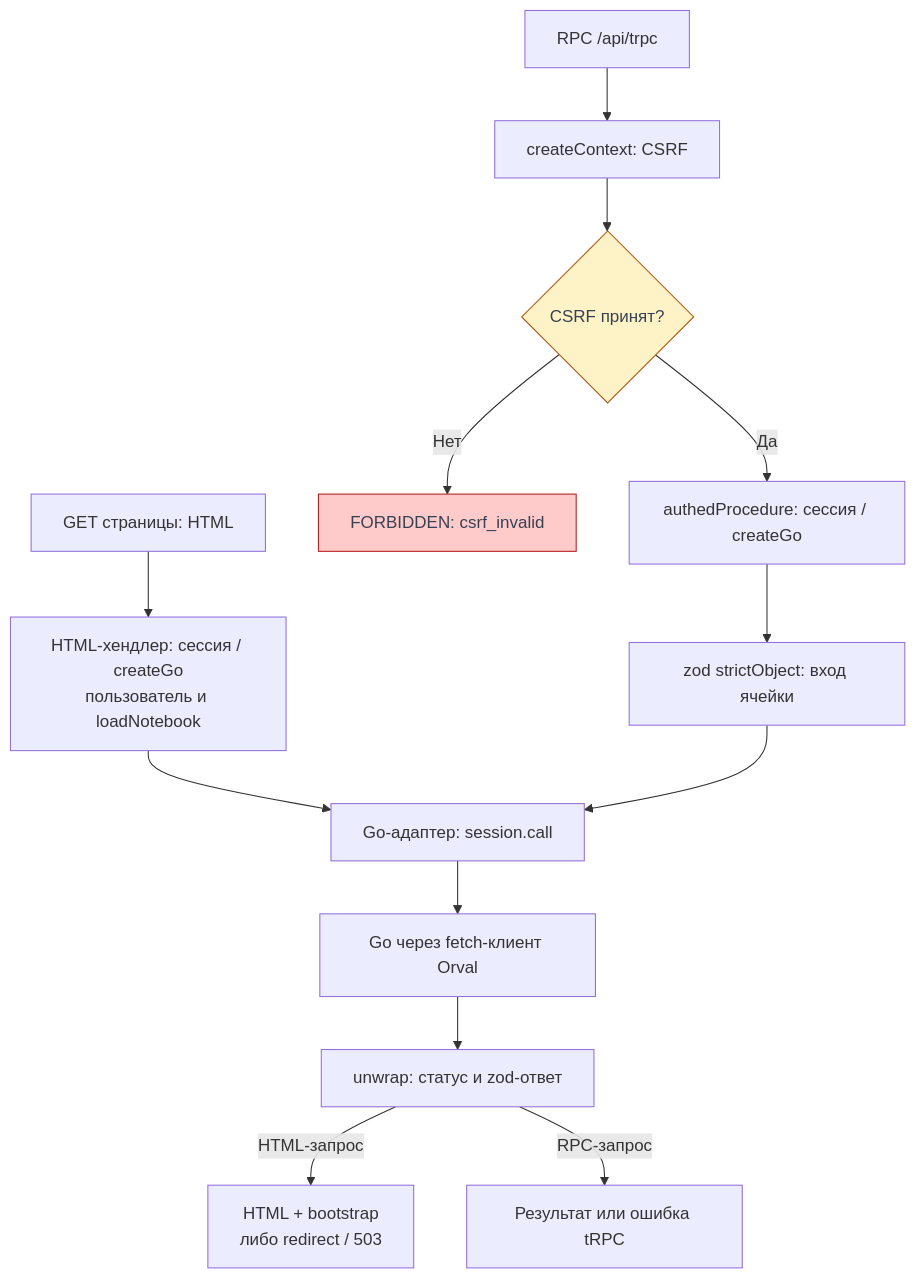
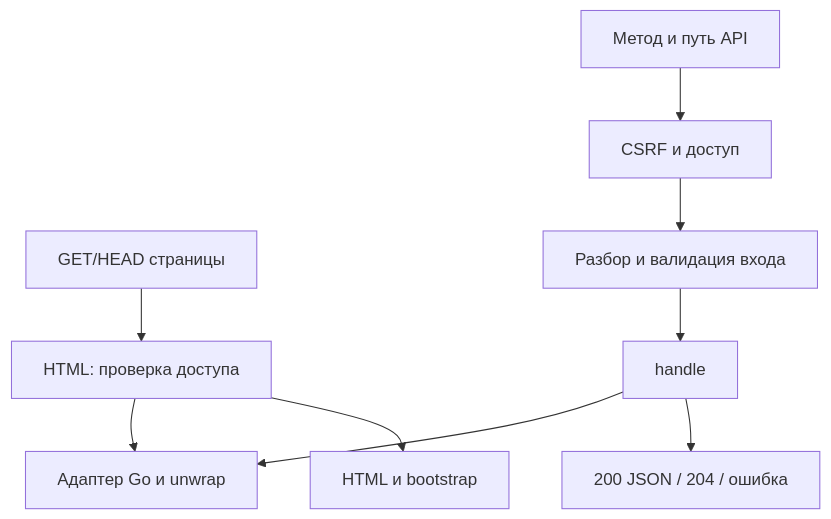
The diagram in site/documentation/frontend/bff.md (Cringe-Driven-Development-Team/docs), drawn with Mermaid before and after one commit. The commit also changed other lines of this file and 8 other files, not shown here.

````diff
--- a/site/documentation/frontend/bff.md
+++ b/site/documentation/frontend/bff.md
@@ -49,20 +30,11 @@
 ```mermaid
-%% Flowchart: HTML и RPC имеют отдельные входы; общий Go-слой возвращает результат своему обработчику.
-flowchart TD
-    html["GET страницы: HTML"] --> handler["HTML-хендлер: сессия / createGo<br/>пользователь и loadNotebook"]
-    rpc["RPC /api/trpc"] --> context["createContext: CSRF"]
-    context --> csrf{"CSRF принят?"}
-    csrf -->|Нет| denied["FORBIDDEN: csrf_invalid"]
-    csrf -->|Да| auth["authedProcedure: сессия / createGo"]
-    auth --> input["zod strictObject: вход ячейки"]
-    handler --> adapter["Go-адаптер: session.call"]
-    input --> adapter
-    adapter --> go["Go через fetch-клиент Orval"]
-    go --> unwrap["unwrap: статус и zod-ответ"]
-    unwrap -->|"HTML-запрос"| bootstrap["HTML + bootstrap<br/>либо redirect / 503"]
-    unwrap -->|"RPC-запрос"| result["Результат или ошибка tRPC"]
-    classDef error fill:#fecaca,stroke:#b91c1c,color:#374151
-    class denied error
-    classDef decision fill:#fef3c7,stroke:#b45309,color:#374151
-    class csrf decision
+flowchart TB
+    H["GET/HEAD страницы"] --> A["HTML: проверка доступа"]
+    R["Метод и путь API"] --> C["CSRF и доступ"]
+    C --> I["Разбор и валидация входа"]
+    I --> D["handle"]
+    A --> G["Адаптер Go и unwrap"]
+    D --> G
+    A --> H2["HTML и bootstrap"]
+    D --> R2["200 JSON / 204 / ошибка"]
 ```
````
